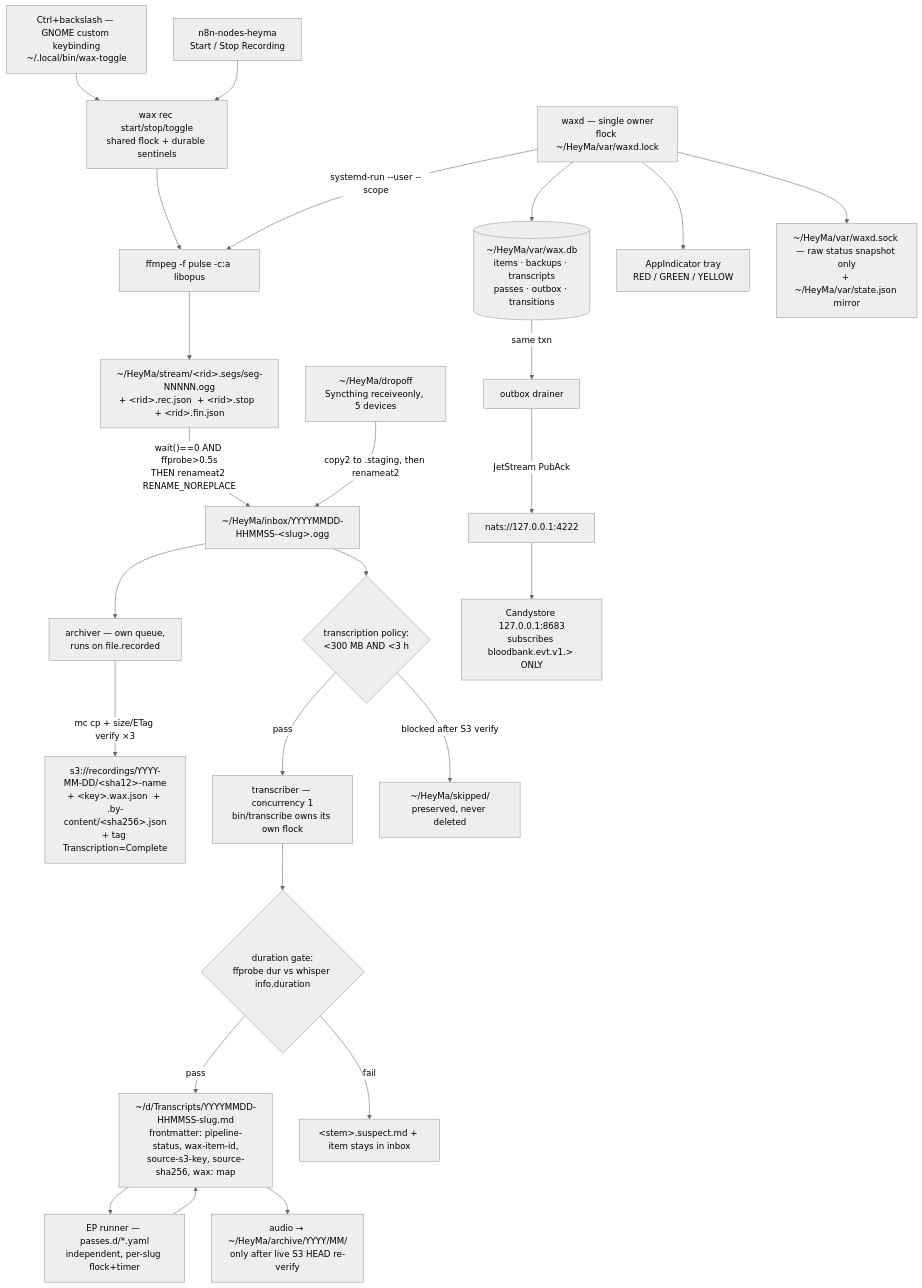
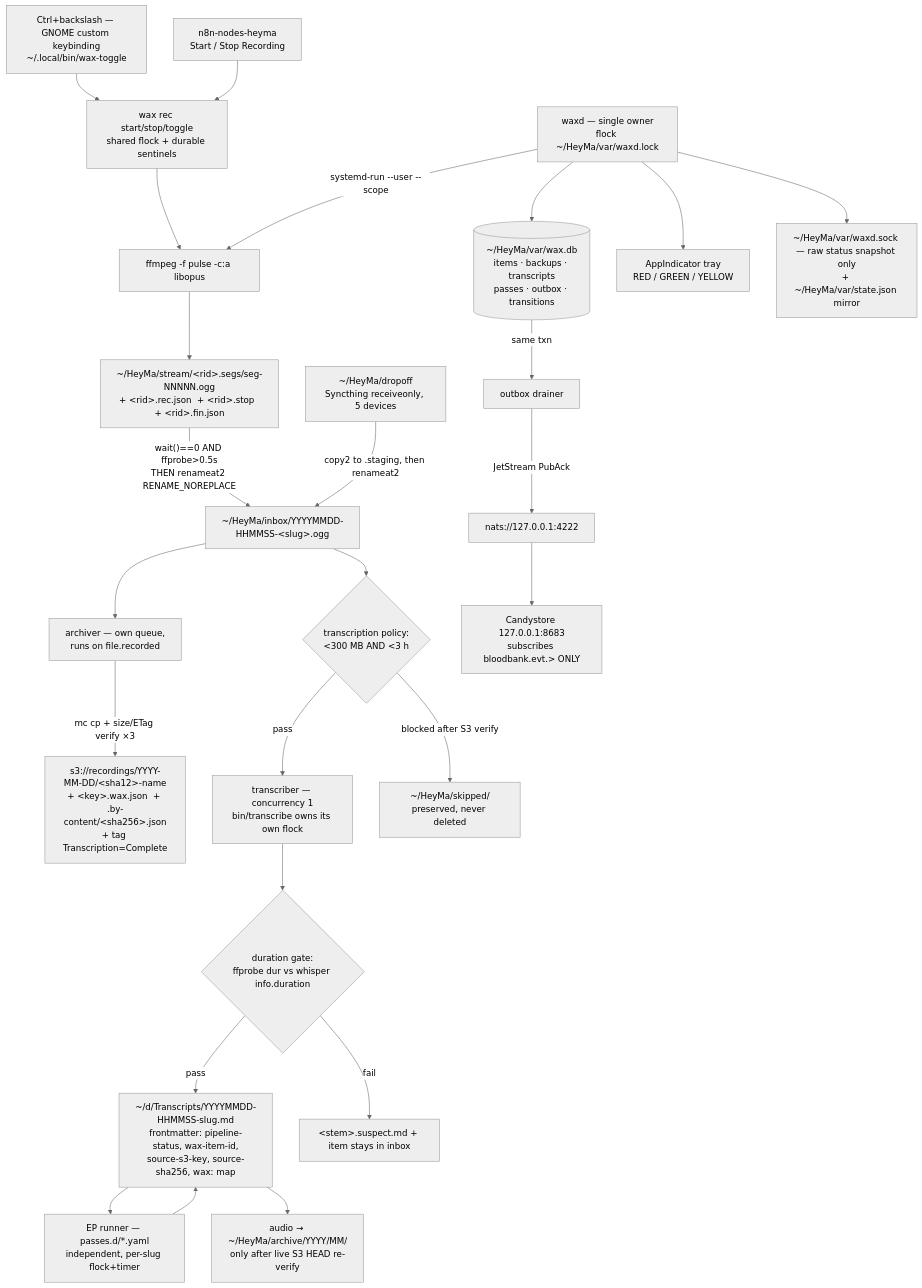
The first of 3 diagrams in components/wax/docs/WAX-DESIGN.md (delorenj/HeyMa), drawn with Mermaid (neutral theme) before and after one commit. The commit also changed other lines of this file and 2 other files, not shown here.

````diff
--- a/components/wax/docs/WAX-DESIGN.md
+++ b/components/wax/docs/WAX-DESIGN.md
@@ -28,32 +28,32 @@
 ```mermaid
 flowchart TB
   HK["Ctrl+backslash — GNOME custom keybinding<br/>~/.local/bin/wax-toggle"] --> CLI
   N8N["n8n-nodes-heyma<br/>Start / Stop Recording"] --> CLI
   CLI["wax rec start/stop/toggle<br/>shared flock + durable sentinels"] --> FF
 
   D["waxd — single owner<br/>flock ~/HeyMa/var/waxd.lock"]
   D -->|systemd-run --user --scope| FF["ffmpeg -f pulse -c:a libopus"]
   FF --> P["~/HeyMa/stream/&lt;rid&gt;.segs/seg-NNNNN.ogg<br/>+ &lt;rid&gt;.rec.json  + &lt;rid&gt;.stop  + &lt;rid&gt;.fin.json"]
   P -->|"wait()==0 AND ffprobe&gt;0.5s<br/>THEN renameat2 RENAME_NOREPLACE"| IN["~/HeyMa/inbox/YYYYMMDD-HHMMSS-&lt;slug&gt;.ogg"]
 
   DROP["~/HeyMa/dropoff<br/>Syncthing receiveonly, 5 devices"] -->|copy2 to .staging, then renameat2| IN
 
   IN --> ARCH["archiver — own queue,<br/>runs on file.recorded"]
   ARCH -->|"mc cp + size/ETag verify ×3"| S3["s3://recordings/YYYY-MM-DD/&lt;sha12&gt;-name<br/>+ &lt;key&gt;.wax.json  + .by-content/&lt;sha256&gt;.json<br/>+ tag Transcription=Complete"]
   IN --> POLICY{"transcription policy:<br/>&lt;300 MB AND &lt;3 h"}
   POLICY -->|pass| TR["transcriber — concurrency 1<br/>bin/transcribe owns its own flock"]
   POLICY -->|blocked after S3 verify| SKIP["~/HeyMa/skipped/<br/>preserved, never deleted"]
   TR --> GATE{"duration gate:<br/>ffprobe dur vs whisper info.duration"}
   GATE -->|pass| MD["~/d/Transcripts/YYYYMMDD-HHMMSS-slug.md<br/>frontmatter: pipeline-status, wax-item-id,<br/>source-s3-key, source-sha256, wax: map"]
   GATE -->|fail| SUS["&lt;stem&gt;.suspect.md + item stays in inbox"]
   MD --> EP["EP runner — passes.d/*.yaml<br/>independent, per-slug flock+timer"]
   EP --> MD
   MD --> ARCHIVE["audio → ~/HeyMa/archive/YYYY/MM/<br/>only after live S3 HEAD re-verify"]
 
   D --> LED[("~/HeyMa/var/wax.db<br/>items · backups · transcripts<br/>passes · outbox · transitions")]
   LED -->|same txn| OUT["outbox drainer"]
   OUT -->|JetStream PubAck| NATS["nats://127.0.0.1:4222"]
-  NATS --> CS["Candystore 127.0.0.1:8683<br/>subscribes bloodbank.evt.v1.&gt; ONLY"]
+  NATS --> CS["Candystore 127.0.0.1:8683<br/>subscribes bloodbank.evt.&gt; ONLY"]
   D --> TRAY["AppIndicator tray<br/>RED / GREEN / YELLOW"]
   D --> SOCK["~/HeyMa/var/waxd.sock — raw status snapshot only<br/>+ ~/HeyMa/var/state.json mirror"]
 ```
````
